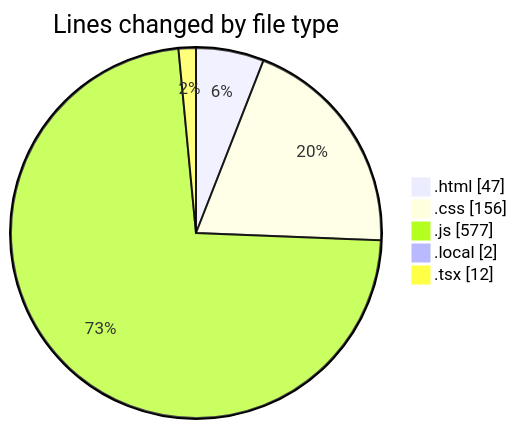
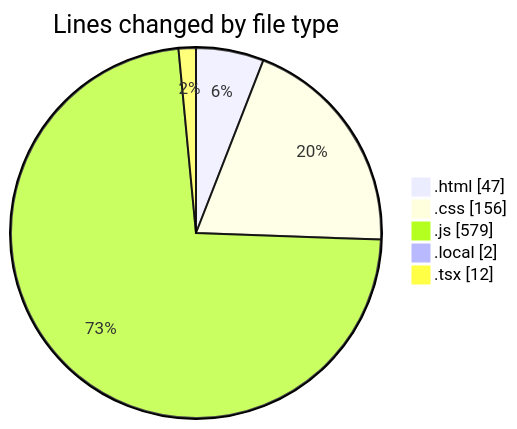
The first of 2 diagrams in 2025-05-03/projects/README.md (Ritupan-Deka/code-tracking), drawn with Mermaid before and after one commit. The commit also changed other lines of this file and 1 other file, not shown here.

````diff
--- a/2025-05-03/projects/README.md
+++ b/2025-05-03/projects/README.md
@@ -31,9 +31,9 @@
 ```mermaid
 pie showData
 title Lines changed by file type
 ".html" : 47
 ".css" : 156
-".js" : 577
+".js" : 579
 ".local" : 2
 ".tsx" : 12
 ```
````
